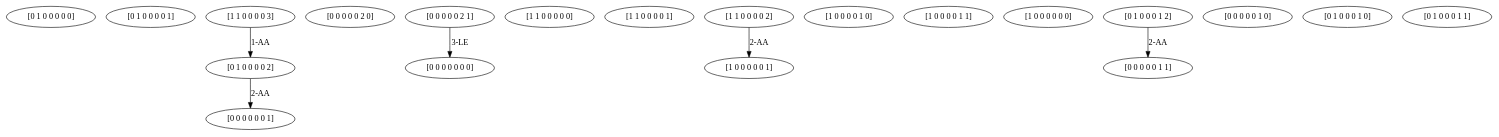
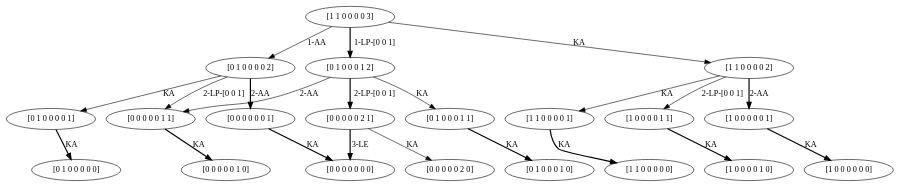
One commit to rb4k/DP-RM-with-storage changed the diagram in test.dot. Above: the diagram before and after it, drawn with Graphviz. The commit also changed 16 other files, not shown here.

```diff
--- a/test.dot
+++ b/test.dot
@@ -10,44 +10,90 @@
 		stock="[0 0 0]",
 		time=1,
 		value=0.0];
-	34	 [capacity="[0 1 0]",
-		label="[0 1 0 0 0 0 2]",
-		stock="[0 0 0]",
-		time=2,
-		value=180.0];
-	45	 [capacity="[0 0 0]",
-		label="[0 0 0 0 0 0 1]",
-		stock="[0 0 0]",
-		time=1,
-		value=0.0];
-	34 -> 45 [key=2,
-	goal="[0 0 0 0 0 0 1]",
-	label="2-AA",
-	modus=AA,
-	revenue=200,
+	33 -> 32 [key=0,
+	goal="[0 1 0 0 0 0 0]",
+	label=KA,
+	modus=KA,
+	not_best_politic=False,
+	revenue=0,
+	style=bold,
+	time=1,
+	weight=0.0,
+	weight_goal=0.0];
+34 [capacity="[0 1 0]",
+	label="[0 1 0 0 0 0 2]",
+	stock="[0 0 0]",
 	time=2,
-	weight=200.0,
-	weight_goal=0.0];
+	value=180.0];
+34 -> 33 [key=0,
+goal="[0 1 0 0 0 0 1]",
+label=KA,
+modus=KA,
+not_best_politic=True,
+revenue=0,
+time=2,
+weight=0.0,
+weight_goal=0.0];
+45 [capacity="[0 0 0]",
+label="[0 0 0 0 0 0 1]",
+stock="[0 0 0]",
+time=1,
+value=0.0];
+34 -> 45 [key=2,
+goal="[0 0 0 0 0 0 1]",
+label="2-AA",
+modus=AA,
+not_best_politic=False,
+revenue=200,
+style=bold,
+time=2,
+weight=200.0,
+weight_goal=0.0];
+41 [capacity="[0 0 0]",
+label="[0 0 0 0 0 1 1]",
+stock="[0 0 1]",
+time=1,
+value=0.0];
+34 -> 41 [key=2,
+goal="[0 0 0 0 0 1 1]",
+label="2-LP-[0 0 1]",
+modus="LP[0 0 1]",
+not_best_politic=True,
+revenue=0,
+time=2,
+weight=0.0,
+weight_goal=0.0];
 36 [capacity="[0 0 0]",
-	label="[0 0 0 0 0 2 0]",
-	stock="[0 0 2]",
-	time=0,
-	value=0.0];
+label="[0 0 0 0 0 2 0]",
+stock="[0 0 2]",
+time=0,
+value=0.0];
 37 [capacity="[0 0 0]",
-	label="[0 0 0 0 0 2 1]",
-	stock="[0 0 2]",
-	time=1,
-	value=4500.0];
+label="[0 0 0 0 0 2 1]",
+stock="[0 0 2]",
+time=1,
+value=4500.0];
+37 -> 36 [key=0,
+goal="[0 0 0 0 0 2 0]",
+label=KA,
+modus=KA,
+not_best_politic=True,
+revenue=0,
+time=1,
+weight=0.0,
+weight_goal=0.0];
 44 [capacity="[0 0 0]",
-	label="[0 0 0 0 0 0 0]",
-	stock="[0 0 0]",
-	time=0,
-	value=0.0];
+label="[0 0 0 0 0 0 0]",
+stock="[0 0 0]",
+time=0,
+value=0.0];
 37 -> 44 [key=3,
 goal="[0 0 0 0 0 0 0]",
 label="3-LE",
 modus=LE,
+not_best_politic=False,
 revenue=5000,
+style=bold,
 time=1,
 weight=5000.0,
 weight_goal=0.0];
@@ -61,11 +107,44 @@
 stock="[0 0 0]",
 time=1,
 value=0.0];
+9 -> 8 [key=0,
+goal="[1 1 0 0 0 0 0]",
+label=KA,
+modus=KA,
+not_best_politic=False,
+revenue=0,
+style=bold,
+time=1,
+weight=0.0,
+weight_goal=0.0];
 10 [capacity="[1 1 0]",
 label="[1 1 0 0 0 0 2]",
 stock="[0 0 0]",
 time=2,
 value=180.0];
+10 -> 9 [key=0,
+goal="[1 1 0 0 0 0 1]",
+label=KA,
+modus=KA,
+not_best_politic=True,
+revenue=0,
+time=2,
+weight=0.0,
+weight_goal=0.0];
+17 [capacity="[1 0 0]",
+label="[1 0 0 0 0 1 1]",
+stock="[0 0 1]",
+time=1,
+value=0.0];
+10 -> 17 [key=2,
+goal="[1 0 0 0 0 1 1]",
+label="2-LP-[0 0 1]",
+modus="LP[0 0 1]",
+not_best_politic=True,
+revenue=0,
+time=2,
+weight=0.0,
+weight_goal=0.0];
 21 [capacity="[1 0 0]",
 label="[1 0 0 0 0 0 1]",
 stock="[0 0 0]",
@@ -75,7 +154,9 @@
 goal="[1 0 0 0 0 0 1]",
 label="2-AA",
 modus=AA,
+not_best_politic=False,
 revenue=200,
+style=bold,
 time=2,
 weight=200.0,
 weight_goal=0.0];
@@ -88,35 +169,90 @@
 goal="[0 1 0 0 0 0 2]",
 label="1-AA",
 modus=AA,
+not_best_politic=True,
 revenue=100,
 time=3,
 weight=100.0,
 weight_goal=180.0];
+11 -> 10 [key=0,
+goal="[1 1 0 0 0 0 2]",
+label=KA,
+modus=KA,
+not_best_politic=True,
+revenue=0,
+time=3,
+weight=0.0,
+weight_goal=180.0];
+30 [capacity="[0 1 0]",
+label="[0 1 0 0 0 1 2]",
+stock="[0 0 1]",
+time=2,
+value=4230.0];
+11 -> 30 [key=1,
+goal="[0 1 0 0 0 1 2]",
+label="1-LP-[0 0 1]",
+modus="LP[0 0 1]",
+not_best_politic=False,
+revenue=0,
+style=bold,
+time=3,
+weight=4050.0,
+weight_goal=4230.0];
+45 -> 44 [key=0,
+goal="[0 0 0 0 0 0 0]",
+label=KA,
+modus=KA,
+not_best_politic=False,
+revenue=0,
+style=bold,
+time=1,
+weight=0.0,
+weight_goal=0.0];
 16 [capacity="[1 0 0]",
 label="[1 0 0 0 0 1 0]",
 stock="[0 0 1]",
 time=0,
 value=0.0];
-17 [capacity="[1 0 0]",
-label="[1 0 0 0 0 1 1]",
-stock="[0 0 1]",
+17 -> 16 [key=0,
+goal="[1 0 0 0 0 1 0]",
+label=KA,
+modus=KA,
+not_best_politic=False,
+revenue=0,
+style=bold,
 time=1,
-value=0.0];
+weight=0.0,
+weight_goal=0.0];
 20 [capacity="[1 0 0]",
 label="[1 0 0 0 0 0 0]",
 stock="[0 0 0]",
 time=0,
 value=0.0];
-41 [capacity="[0 0 0]",
-label="[0 0 0 0 0 1 1]",
-stock="[0 0 1]",
+21 -> 20 [key=0,
+goal="[1 0 0 0 0 0 0]",
+label=KA,
+modus=KA,
+not_best_politic=False,
+revenue=0,
+style=bold,
 time=1,
-value=0.0];
+weight=0.0,
+weight_goal=0.0];
 40 [capacity="[0 0 0]",
 label="[0 0 0 0 0 1 0]",
 stock="[0 0 1]",
 time=0,
 value=0.0];
+41 -> 40 [key=0,
+goal="[0 0 0 0 0 1 0]",
+label=KA,
+modus=KA,
+not_best_politic=False,
+revenue=0,
+style=bold,
+time=1,
+weight=0.0,
+weight_goal=0.0];
 28 [capacity="[0 1 0]",
 label="[0 1 0 0 0 1 0]",
 stock="[0 0 1]",
@@ -127,17 +263,42 @@
 stock="[0 0 1]",
 time=1,
 value=0.0];
-30 [capacity="[0 1 0]",
-label="[0 1 0 0 0 1 2]",
-stock="[0 0 1]",
+29 -> 28 [key=0,
+goal="[0 1 0 0 0 1 0]",
+label=KA,
+modus=KA,
+not_best_politic=False,
+revenue=0,
+style=bold,
+time=1,
+weight=0.0,
+weight_goal=0.0];
+30 -> 37 [key=2,
+goal="[0 0 0 0 0 2 1]",
+label="2-LP-[0 0 1]",
+modus="LP[0 0 1]",
+not_best_politic=False,
+revenue=0,
+style=bold,
 time=2,
-value=4230.0];
+weight=4500.0,
+weight_goal=4500.0];
 30 -> 41 [key=2,
 goal="[0 0 0 0 0 1 1]",
 label="2-AA",
 modus=AA,
+not_best_politic=True,
 revenue=200,
 time=2,
 weight=200.0,
 weight_goal=0.0];
+30 -> 29 [key=0,
+goal="[0 1 0 0 0 1 1]",
+label=KA,
+modus=KA,
+not_best_politic=True,
+revenue=0,
+time=2,
+weight=0.0,
+weight_goal=0.0];
 }
```
